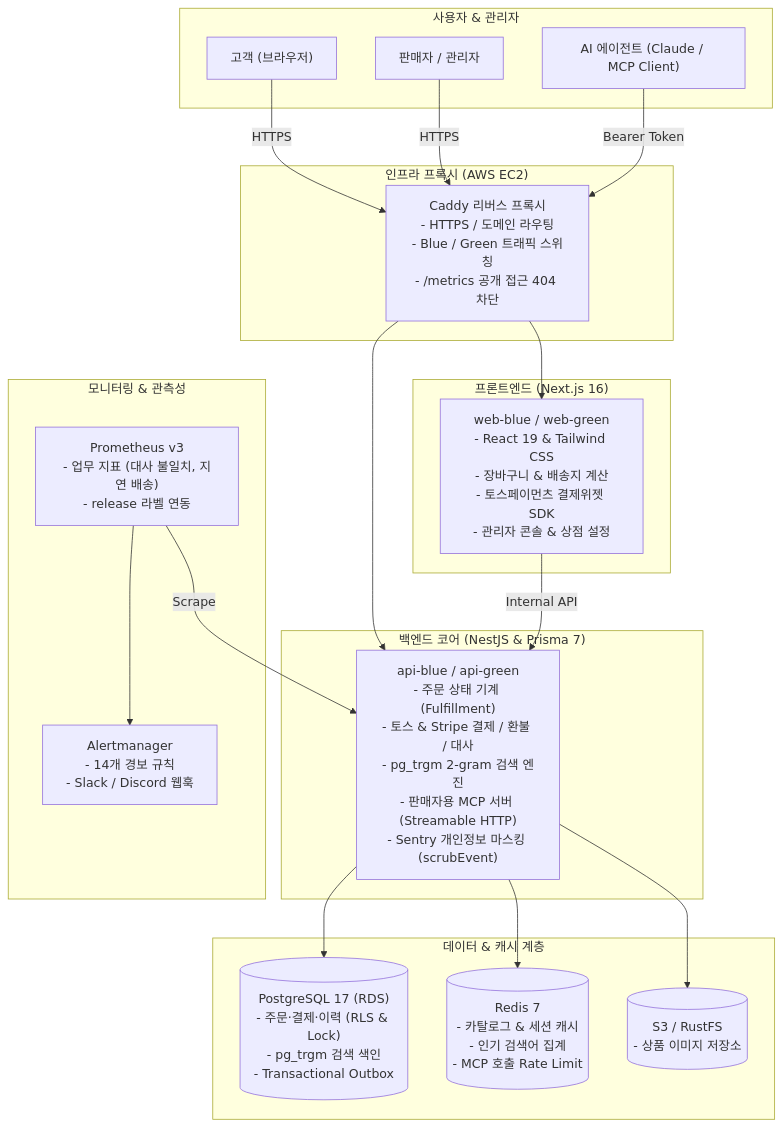
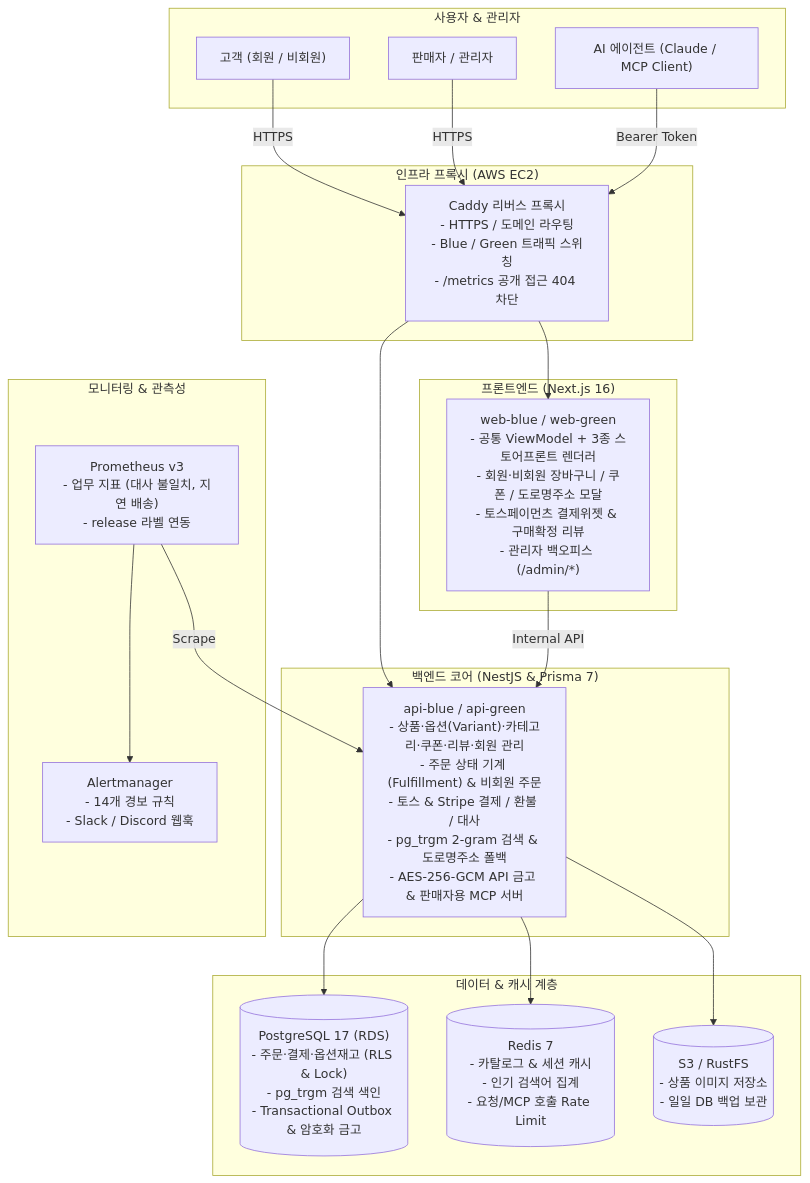
One commit to seungwoo7050/node-order changed the first of 2 diagrams in README.md. Above: the diagram before and after it, drawn with Mermaid. The commit also changed other lines of this file and 1 other file, not shown here.

````diff
--- a/README.md
+++ b/README.md
@@ -26,45 +40,45 @@
 ```mermaid
 flowchart TD
     subgraph Client["사용자 & 관리자"]
-        User["고객 (브라우저)"]
+        User["고객 (회원 / 비회원)"]
         Admin["판매자 / 관리자"]
         Agent["AI 에이전트 (Claude / MCP Client)"]
     end
 
     subgraph Edge["인프라 프록시 (AWS EC2)"]
         Caddy["Caddy 리버스 프록시\n- HTTPS / 도메인 라우팅\n- Blue / Green 트래픽 스위칭\n- /metrics 공개 접근 404 차단"]
     end
 
     subgraph Frontend["프론트엔드 (Next.js 16)"]
-        WebSlot["web-blue / web-green\n- React 19 & Tailwind CSS\n- 장바구니 & 배송지 계산\n- 토스페이먼츠 결제위젯 SDK\n- 관리자 콘솔 & 상점 설정"]
+        WebSlot["web-blue / web-green\n- 공통 ViewModel + 3종 스토어프론트 렌더러\n- 회원·비회원 장바구니 / 쿠폰 / 도로명주소 모달\n- 토스페이먼츠 결제위젯 & 구매확정 리뷰\n- 관리자 백오피스 (/admin/*)"]
     end
 
     subgraph Backend["백엔드 코어 (NestJS & Prisma 7)"]
-        ApiSlot["api-blue / api-green\n- 주문 상태 기계 (Fulfillment)\n- 토스 & Stripe 결제 / 환불 / 대사\n- pg_trgm 2-gram 검색 엔진\n- 판매자용 MCP 서버 (Streamable HTTP)\n- Sentry 개인정보 마스킹 (scrubEvent)"]
+        ApiSlot["api-blue / api-green\n- 상품·옵션(Variant)·카테고리·쿠폰·리뷰·회원 관리\n- 주문 상태 기계 (Fulfillment) & 비회원 주문\n- 토스 & Stripe 결제 / 환불 / 대사\n- pg_trgm 2-gram 검색 & 도로명주소 폴백\n- AES-256-GCM API 금고 & 판매자용 MCP 서버"]
     end
 
     subgraph Data["데이터 & 캐시 계층"]
-        PG[("PostgreSQL 17 (RDS)\n- 주문·결제·이력 (RLS & Lock)\n- pg_trgm 검색 색인\n- Transactional Outbox")]
-        Redis[("Redis 7\n- 카탈로그 & 세션 캐시\n- 인기 검색어 집계\n- MCP 호출 Rate Limit")]
-        Storage[("S3 / RustFS\n- 상품 이미지 저장소")]
+        PG[("PostgreSQL 17 (RDS)\n- 주문·결제·옵션재고 (RLS & Lock)\n- pg_trgm 검색 색인\n- Transactional Outbox & 암호화 금고")]
+        Redis[("Redis 7\n- 카탈로그 & 세션 캐시\n- 인기 검색어 집계\n- 요청/MCP 호출 Rate Limit")]
+        Storage[("S3 / RustFS\n- 상품 이미지 저장소\n- 일일 DB 백업 보관")]
     end
 
     subgraph Ops["모니터링 & 관측성"]
         Prom["Prometheus v3\n- 업무 지표 (대사 불일치, 지연 배송)\n- release 라벨 연동"]
         Alert["Alertmanager\n- 14개 경보 규칙\n- Slack / Discord 웹훅"]
     end
 
     User -->|HTTPS| Caddy
     Admin -->|HTTPS| Caddy
     Agent -->|Bearer Token| Caddy
     Caddy --> WebSlot
     Caddy --> ApiSlot
 
     WebSlot -->|Internal API| ApiSlot
     ApiSlot --> PG
     ApiSlot --> Redis
     ApiSlot --> Storage
 
     Prom -->|Scrape| ApiSlot
     Prom --> Alert
 ```
````
